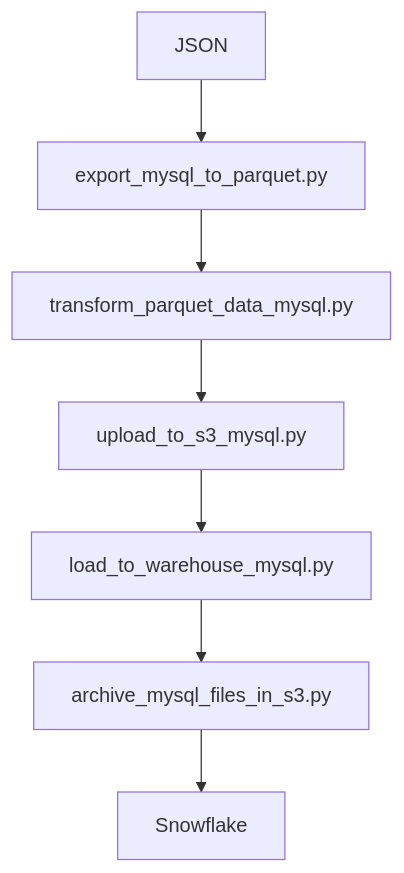
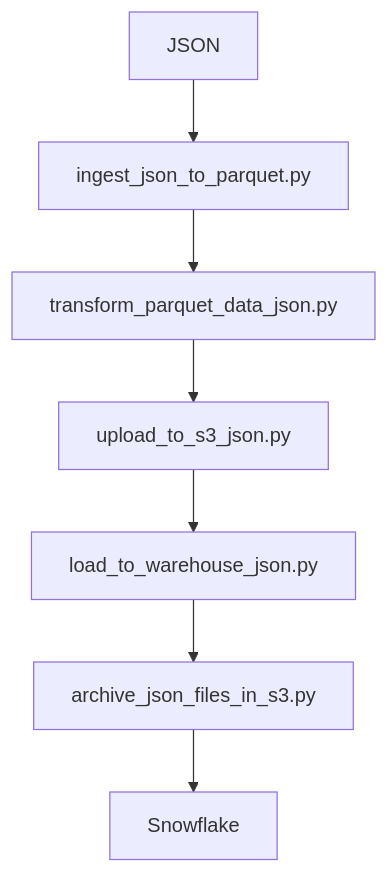
One commit to S-Gopisetty/highlevel_data_pipeline changed the second of 2 diagrams in README.md. Above: the diagram before and after it, drawn with Mermaid. The commit also changed other lines of this file, not shown here.

````diff
--- a/README.md
+++ b/README.md
@@ -235,9 +239,9 @@
 ```mermaid
 flowchart TD
-    A[JSON] --> B[export_mysql_to_parquet.py]
-    B --> C[transform_parquet_data_mysql.py]
-    C --> D[upload_to_s3_mysql.py]
-    D --> E[load_to_warehouse_mysql.py]
-    E --> F[archive_mysql_files_in_s3.py]
+    A[JSON] --> B[ingest_json_to_parquet.py]
+    B --> C[transform_parquet_data_json.py]
+    C --> D[upload_to_s3_json.py]
+    D --> E[load_to_warehouse_json.py]
+    E --> F[archive_json_files_in_s3.py]
     F --> G[Snowflake]
 ```
````
